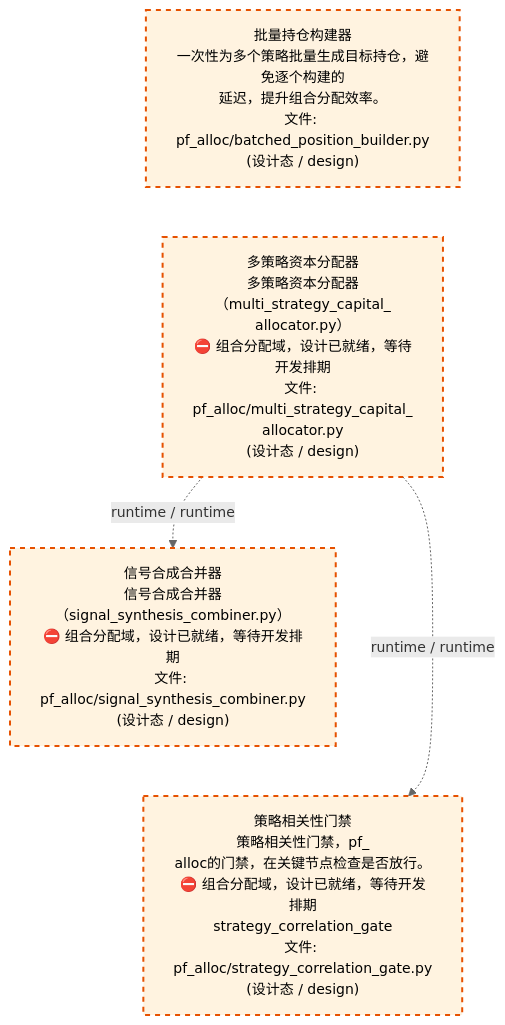
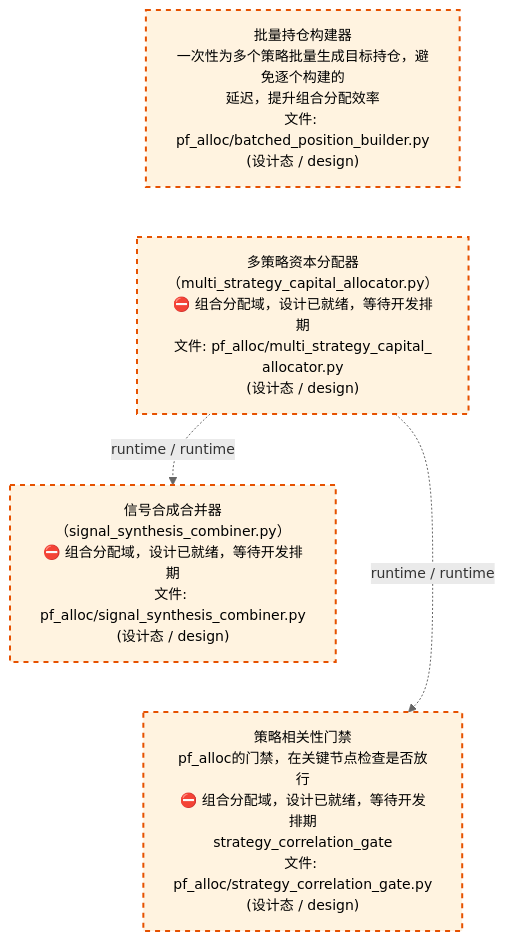
One commit to xuanFelixVan/ZephyrAlpha changed the third of 4 diagrams in docs/02_enterprise_architecture/02_domain_architecture_docs/62_d_pf_alloc.md. Above: the diagram before and after it, drawn with Mermaid. The commit also changed other lines of this file and 62 other files, not shown here.

````diff
--- a/docs/02_enterprise_architecture/02_domain_architecture_docs/62_d_pf_alloc.md
+++ b/docs/02_enterprise_architecture/02_domain_architecture_docs/62_d_pf_alloc.md
@@ -122,17 +122,17 @@
 ```mermaid
 %%{init: {'theme': 'base', 'themeVariables': {'primaryColor': '#eaeaea', 'primaryTextColor': '#333333', 'primaryBorderColor': '#666666', 'lineColor': '#666666', 'secondaryColor': '#eaeaea', 'tertiaryColor': '#eaeaea', 'fontSize': '14px'}}}%%
 flowchart TD
-    src_zephyr_pf_alloc_batched_position_builder_py["批量持仓构建器<br/>一次性为多个策略批量生成目标持仓，避免逐个构建的<br/>延迟，提升组合分配效率。<br/>文件: pf_alloc/batched_position_builder.py<br/>(设计态 / design)"]
-    src_zephyr_pf_alloc_multi_strategy_capital_allocator_py["多策略资本分配器<br/>多策略资本分配器（multi_strategy_capital_<br/>allocator.py）<br/>⛔ 组合分配域，设计已就绪，等待开发排期<br/>文件: pf_alloc/multi_strategy_capital_<br/>allocator.py<br/>(设计态 / design)"]
+    src_zephyr_pf_alloc_batched_position_builder_py["批量持仓构建器<br/>一次性为多个策略批量生成目标持仓，避免逐个构建的<br/>延迟，提升组合分配效率<br/>文件: pf_alloc/batched_position_builder.py<br/>(设计态 / design)"]
+    src_zephyr_pf_alloc_multi_strategy_capital_allocator_py["多策略资本分配器<br/>（multi_strategy_capital_allocator.py）<br/>⛔ 组合分配域，设计已就绪，等待开发排期<br/>文件: pf_alloc/multi_strategy_capital_<br/>allocator.py<br/>(设计态 / design)"]
     src_zephyr_pf_alloc_batched_position_builder_py ~~~ src_zephyr_pf_alloc_multi_strategy_capital_allocator_py
-    src_zephyr_pf_alloc_signal_synthesis_combiner_py["信号合成合并器<br/>信号合成合并器（signal_synthesis_combiner.py）<br/>⛔ 组合分配域，设计已就绪，等待开发排期<br/>文件: pf_alloc/signal_synthesis_combiner.py<br/>(设计态 / design)"]
-    src_zephyr_pf_alloc_strategy_correlation_gate_py["策略相关性门禁<br/>策略相关性门禁，pf_<br/>alloc的门禁，在关键节点检查是否放行。<br/>⛔ 组合分配域，设计已就绪，等待开发排期<br/>strategy_correlation_gate<br/>文件: pf_alloc/strategy_correlation_gate.py<br/>(设计态 / design)"]
+    src_zephyr_pf_alloc_signal_synthesis_combiner_py["信号合成合并器<br/>（signal_synthesis_combiner.py）<br/>⛔ 组合分配域，设计已就绪，等待开发排期<br/>文件: pf_alloc/signal_synthesis_combiner.py<br/>(设计态 / design)"]
+    src_zephyr_pf_alloc_strategy_correlation_gate_py["策略相关性门禁<br/>pf_alloc的门禁，在关键节点检查是否放行<br/>⛔ 组合分配域，设计已就绪，等待开发排期<br/>strategy_correlation_gate<br/>文件: pf_alloc/strategy_correlation_gate.py<br/>(设计态 / design)"]
     src_zephyr_pf_alloc_signal_synthesis_combiner_py ~~~ src_zephyr_pf_alloc_strategy_correlation_gate_py
     src_zephyr_pf_alloc_multi_strategy_capital_allocator_py -.->|runtime / runtime| src_zephyr_pf_alloc_signal_synthesis_combiner_py
     src_zephyr_pf_alloc_multi_strategy_capital_allocator_py -.->|runtime / runtime| src_zephyr_pf_alloc_strategy_correlation_gate_py
     classDef production fill:#e1f5fe,stroke:#01579b,stroke-width:2px,color:#000
     classDef design fill:#fff3e0,stroke:#e65100,stroke-width:2px,color:#000,stroke-dasharray: 5 5
     classDef external_prod fill:#e8f4fd,stroke:#0277bd,stroke-width:1px,color:#000
     classDef external_design fill:#fff8e7,stroke:#ef6c00,stroke-width:1px,color:#000,stroke-dasharray: 5 5
     class src_zephyr_pf_alloc_batched_position_builder_py,src_zephyr_pf_alloc_multi_strategy_capital_allocator_py,src_zephyr_pf_alloc_signal_synthesis_combiner_py,src_zephyr_pf_alloc_strategy_correlation_gate_py design
 ```
````
